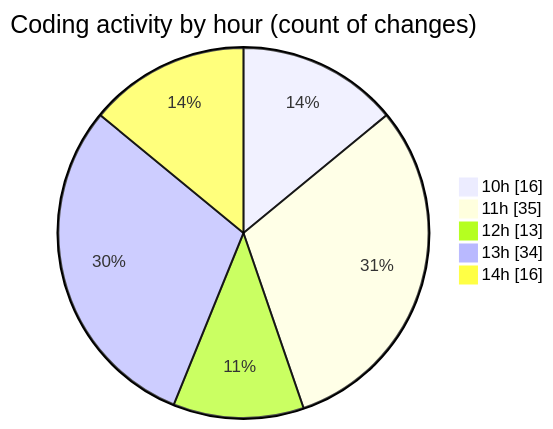
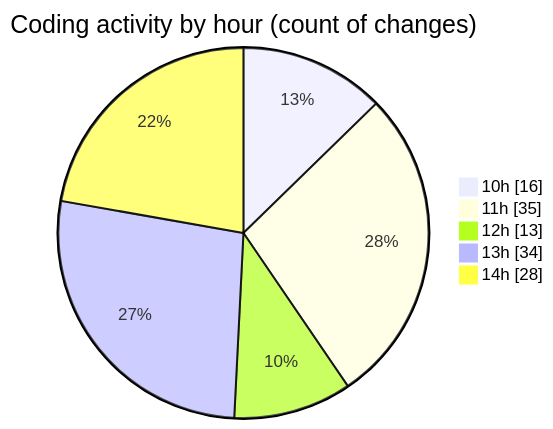
One commit to charlie-sans/code-tracking changed the second of 2 diagrams in 2025-02-20/micros/README.md. Above: the diagram before and after it, drawn with Mermaid. The commit also changed other lines of this file and 1 other file, not shown here.

````diff
--- a/2025-02-20/micros/README.md
+++ b/2025-02-20/micros/README.md
@@ -53,9 +53,9 @@
 ```mermaid
 pie showData
 title Coding activity by hour (count of changes)
 "10h" : 16
 "11h" : 35
 "12h" : 13
 "13h" : 34
-"14h" : 16
+"14h" : 28
 ```
````
